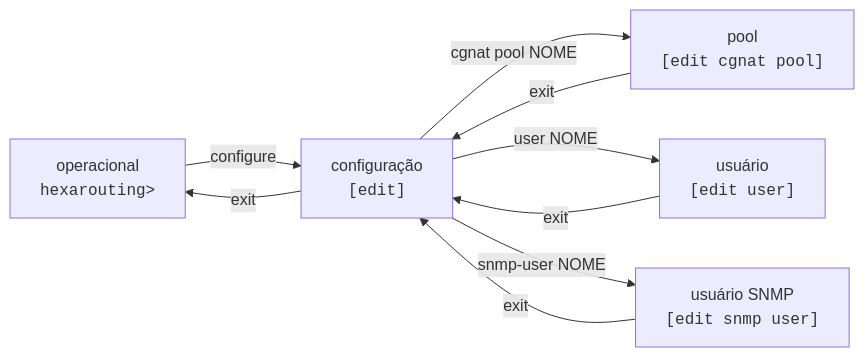
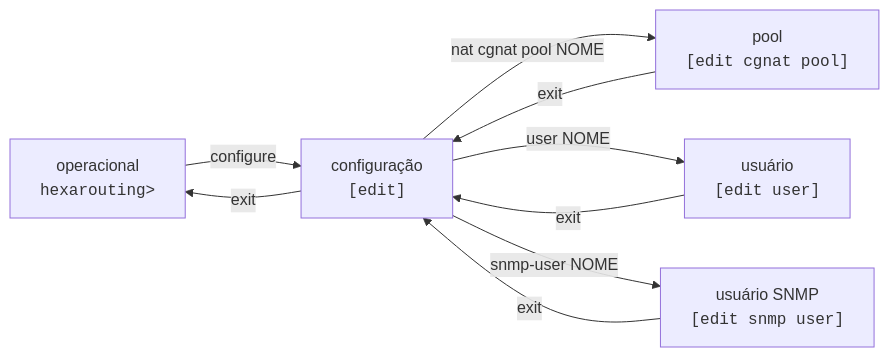
Before and after one commit to andrediashexa/prismarouting: the diagram in wiki/referencia/vty-hexash-guia-de-uso/index.md, drawn with Mermaid. The commit also changed other lines of this file and 25 other files, not shown here.

````diff
--- a/wiki/referencia/vty-hexash-guia-de-uso/index.md
+++ b/wiki/referencia/vty-hexash-guia-de-uso/index.md
@@ -9,11 +9,11 @@
 ```mermaid
 flowchart LR
     O["operacional<br/><code>hexarouting&gt;</code>"] -->|configure| G["configuração<br/><code>[edit]</code>"]
-    G -->|"cgnat pool NOME"| P["pool<br/><code>[edit cgnat pool]</code>"]
+    G -->|"nat cgnat pool NOME"| P["pool<br/><code>[edit cgnat pool]</code>"]
     G -->|"user NOME"| U["usuário<br/><code>[edit user]</code>"]
     G -->|"snmp-user NOME"| SU["usuário SNMP<br/><code>[edit snmp user]</code>"]
     P -->|exit| G
     U -->|exit| G
     SU -->|exit| G
     G -->|exit| O
 ```
````
